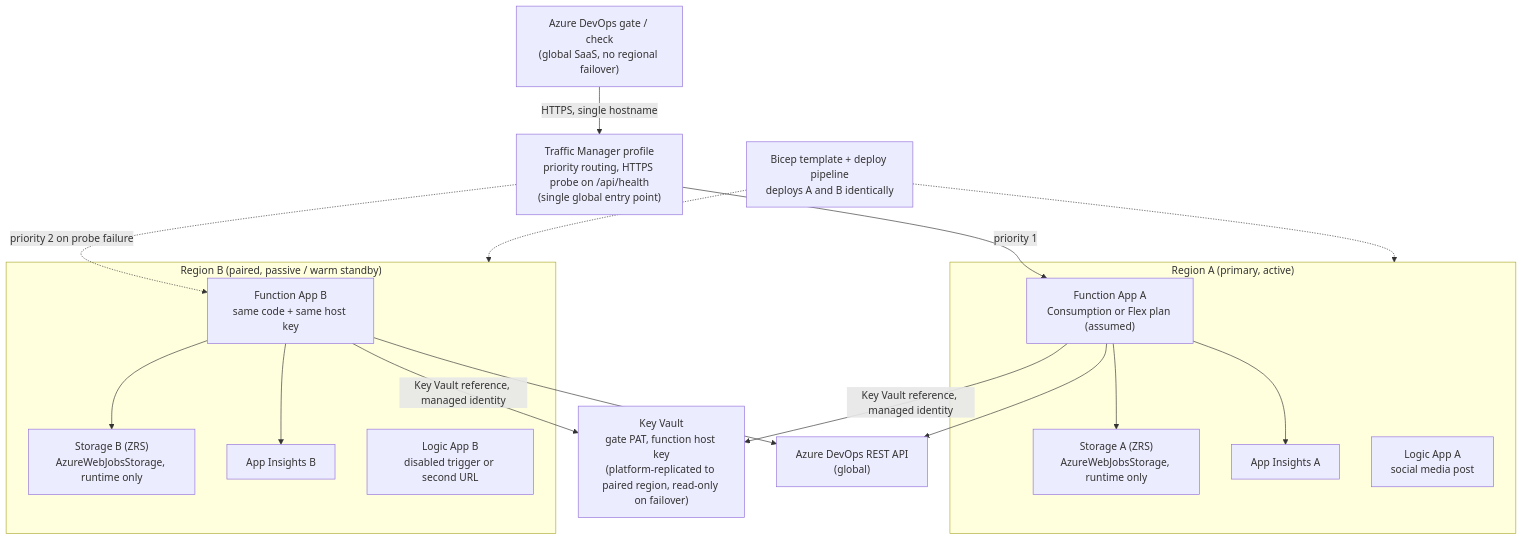
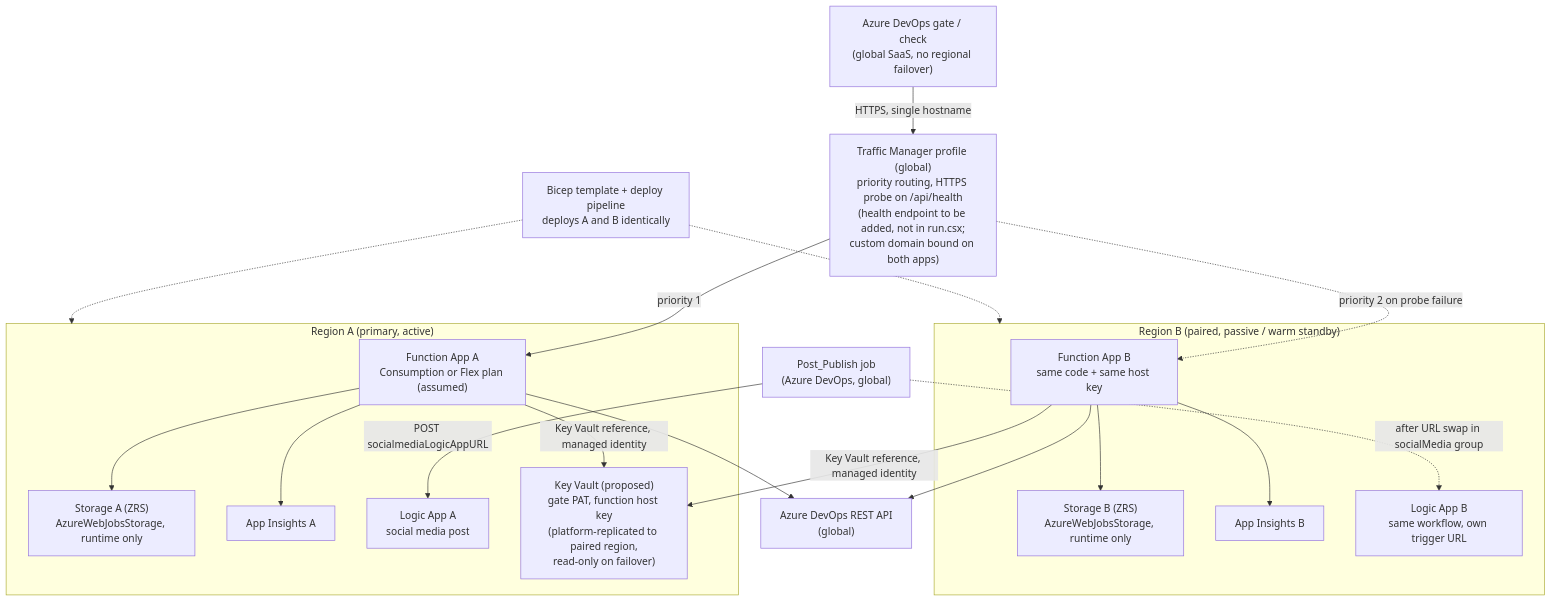
The third of 4 diagrams in docs/infrastructure.md (fRanK45jPm/johnmw), drawn with Mermaid before and after one commit. The commit also changed other lines of this file and 8 other files, not shown here.

First line of the commit message:
Render infrastructure diagrams to images and correct pipeline details

````diff
--- a/docs/infrastructure.md
+++ b/docs/infrastructure.md
@@ -127,37 +135,40 @@
 ```mermaid
 flowchart TB
   CALLER["Azure DevOps gate / check<br/>(global SaaS, no regional failover)"]
-  TM["Traffic Manager profile<br/>priority routing, HTTPS probe on /api/health<br/>(single global entry point)"]
+  PP["Post_Publish job<br/>(Azure DevOps, global)"]
+  TM["Traffic Manager profile (global)<br/>priority routing, HTTPS probe on /api/health<br/>(health endpoint to be added, not in run.csx;<br/>custom domain bound on both apps)"]
 
   subgraph RA["Region A (primary, active)"]
     FA["Function App A<br/>Consumption or Flex plan (assumed)"]
     STA["Storage A (ZRS)<br/>AzureWebJobsStorage, runtime only"]
     AIA["App Insights A"]
     LAA["Logic App A<br/>social media post"]
+    KV["Key Vault (proposed)<br/>gate PAT, function host key<br/>(platform-replicated to paired region,<br/>read-only on failover)"]
   end
 
   subgraph RB["Region B (paired, passive / warm standby)"]
     FB["Function App B<br/>same code + same host key"]
     STB["Storage B (ZRS)<br/>AzureWebJobsStorage, runtime only"]
     AIB["App Insights B"]
-    LAB["Logic App B<br/>disabled trigger or second URL"]
+    LAB["Logic App B<br/>same workflow, own trigger URL"]
   end
 
-  KV["Key Vault<br/>gate PAT, function host key<br/>(platform-replicated to paired region, read-only on failover)"]
   BICEP["Bicep template + deploy pipeline<br/>deploys A and B identically"]
   ADOAPI["Azure DevOps REST API<br/>(global)"]
 
   CALLER -- "HTTPS, single hostname" --> TM
   TM -- "priority 1" --> FA
   TM -. "priority 2 on probe failure" .-> FB
   FA --> STA
   FB --> STB
   FA --> AIA
   FB --> AIB
   FA -- "Key Vault reference, managed identity" --> KV
   FB -- "Key Vault reference, managed identity" --> KV
   FA --> ADOAPI
   FB --> ADOAPI
+  PP -- "POST socialmediaLogicAppURL" --> LAA
+  PP -. "after URL swap in socialMedia group" .-> LAB
   BICEP -.-> RA
   BICEP -.-> RB
 ```
````
